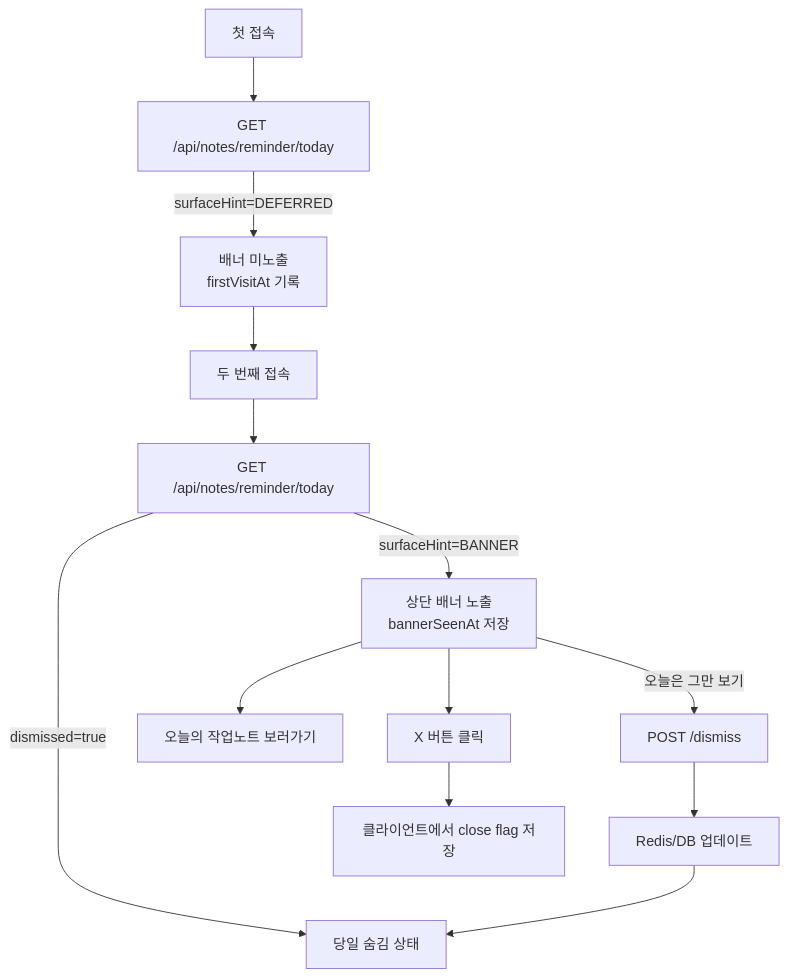
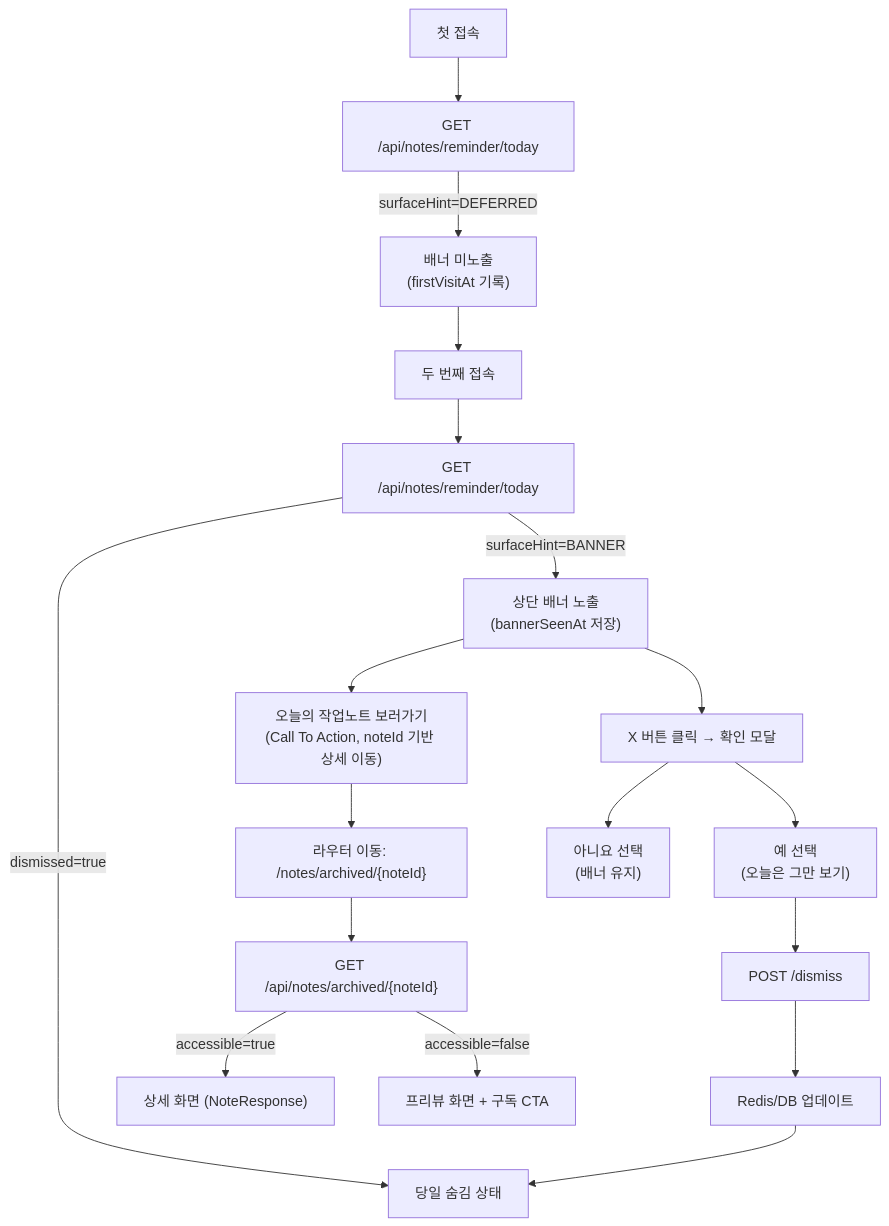
Before and after one commit to Team-Okebari/Server-Backend: the third of 6 diagrams in SYKim_Doc/note_reminder_architecture.md, drawn with Mermaid. The commit also changed other lines of this file and 1 other file, not shown here.

````diff
--- a/SYKim_Doc/note_reminder_architecture.md
+++ b/SYKim_Doc/note_reminder_architecture.md
@@ -135,15 +387,21 @@
 ```mermaid
 flowchart TD
-    Start[첫 접속] --> API1[GET /api/notes/reminder/today]
-    API1 -->|surfaceHint=DEFERRED| NoBanner[배너 미노출<br/>firstVisitAt 기록]
-    NoBanner --> Revisit[두 번째 접속]
-    Revisit --> API2[GET /api/notes/reminder/today]
-    API2 -->|dismissed=true| Hidden[당일 숨김 상태]
-    API2 -->|surfaceHint=BANNER| Banner[상단 배너 노출<br/>bannerSeenAt 저장]
-    Banner --> CTA[오늘의 작업노트 보러가기]
-    Banner --> CloseX[X 버튼 클릭]
-    CloseX --> LocalState[클라이언트에서 close flag 저장]
-    Banner -->|오늘은 그만 보기| Dismiss[POST /dismiss]
-    Dismiss --> CacheUpdate[Redis/DB 업데이트]
+    Start["첫 접속"] --> API1["GET /api/notes/reminder/today"]
+    API1 -->|surfaceHint=DEFERRED| NoBanner["배너 미노출\n(firstVisitAt 기록)"]
+    NoBanner --> Revisit["두 번째 접속"]
+    Revisit --> API2["GET /api/notes/reminder/today"]
+    API2 -->|dismissed=true| Hidden["당일 숨김 상태"]
+    API2 -->|surfaceHint=BANNER| Banner["상단 배너 노출\n(bannerSeenAt 저장)"]
+    Banner --> CTA["오늘의 작업노트 보러가기\n(Call To Action, noteId 기반 상세 이동)"]
+    CTA --> DetailRoute["라우터 이동: /notes/archived/{noteId}"]
+    DetailRoute --> DetailAPI["GET /api/notes/archived/{noteId}"]
+    DetailAPI -->|accessible=true| FullView["상세 화면 (NoteResponse)"]
+    DetailAPI -->|accessible=false| PreviewView["프리뷰 화면 + 구독 CTA"]
+    Banner --> CloseX["X 버튼 클릭 → 확인 모달"]
+    CloseX --> ModalNo["아니요 선택\n(배너 유지)"]
+    CloseX --> ModalYes["예 선택\n(오늘은 그만 보기)"]
+    ModalYes --> Dismiss["POST /dismiss"]
+    Dismiss --> CacheUpdate["Redis/DB 업데이트"]
     CacheUpdate --> Hidden
+
 ```
````
